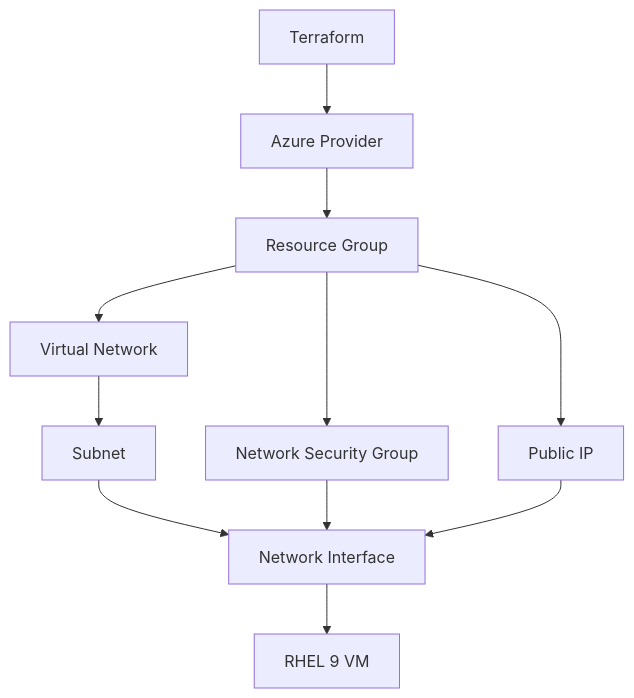
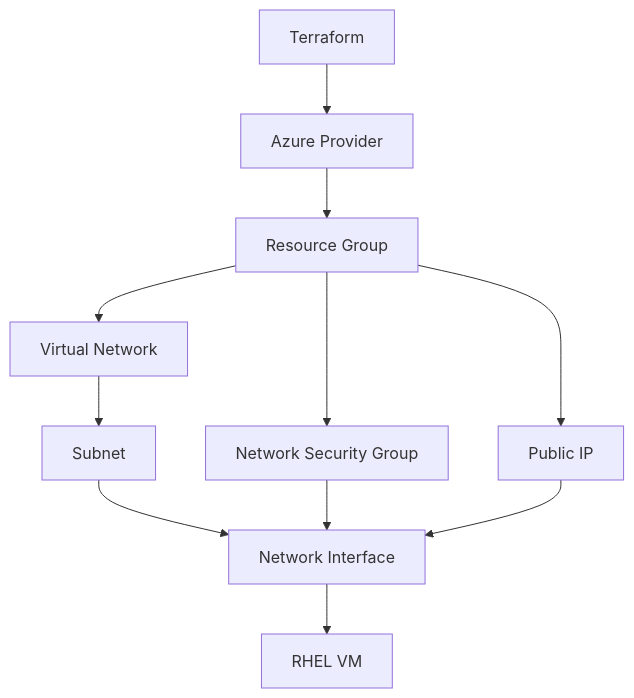
The diagram in posts/2026-03-04-terraform-deploy-rhel-9-azure-virtual-machines/README.md (OneUptime/blog), drawn with Mermaid before and after one commit. The commit also changed other lines of this file and 4866 other files, not shown here.

````diff
--- a/posts/2026-03-04-terraform-deploy-rhel-9-azure-virtual-machines/README.md
+++ b/posts/2026-03-04-terraform-deploy-rhel-9-azure-virtual-machines/README.md
@@ -15,13 +15,13 @@
 ```mermaid
 graph TD
     A[Terraform] --> B[Azure Provider]
     B --> C[Resource Group]
     C --> D[Virtual Network]
     D --> E[Subnet]
     E --> F[Network Interface]
-    F --> G[RHEL 9 VM]
+    F --> G[RHEL VM]
     C --> H[Network Security Group]
     H --> F
     C --> I[Public IP]
     I --> F
 ```
````
